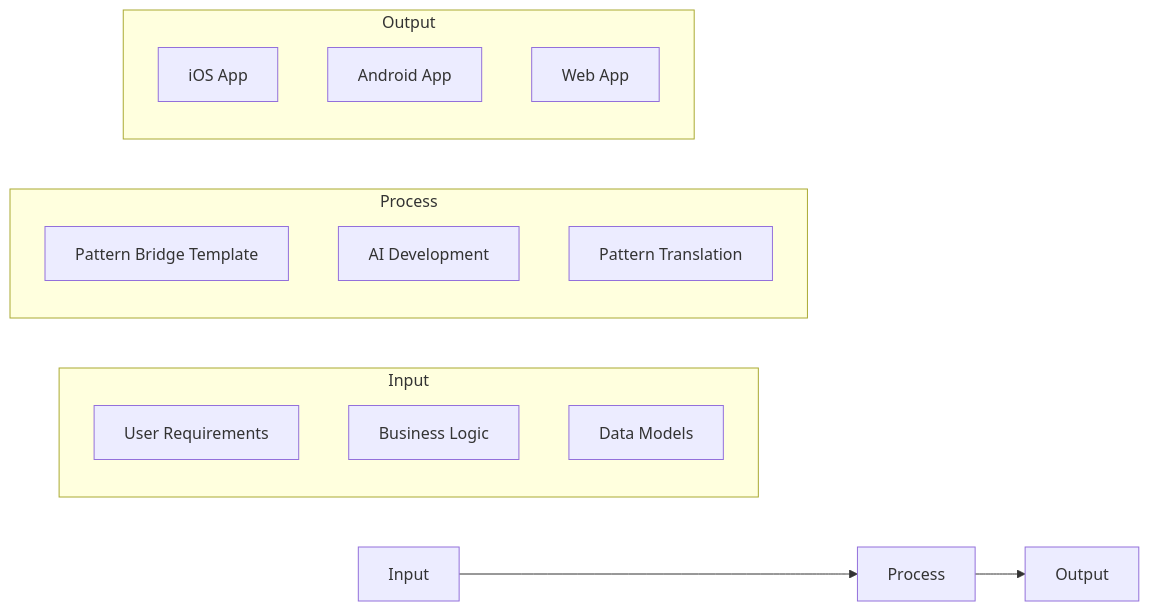
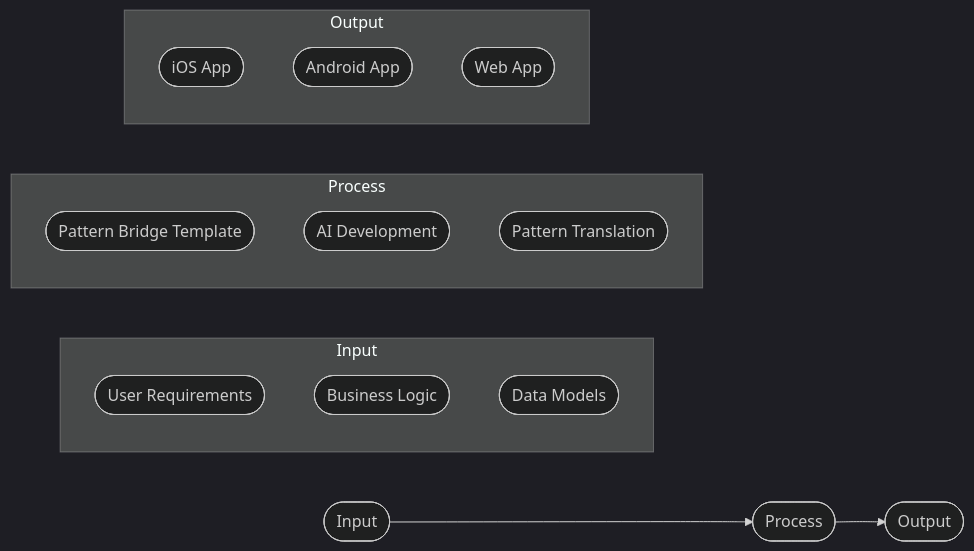
One commit to jackccrawford/pattern-bridge changed the second of 3 diagrams in docs/core-concepts/software-factory.md. Above: the diagram before and after it, drawn with Mermaid. The commit also changed other lines of this file and 22 other files, not shown here.

````diff
--- a/docs/core-concepts/software-factory.md
+++ b/docs/core-concepts/software-factory.md
@@ -45,22 +48,25 @@
 ```mermaid
+%%{init: {
+  'theme': 'dark'
+}}%%
 graph LR
-    A[Input] --> B[Process] --> C[Output]
+    A([Input]) --> B([Process]) --> C([Output])
     
     subgraph Input
-        D[User Requirements]
-        E[Business Logic]
-        F[Data Models]
+        D([User Requirements])
+        E([Business Logic])
+        F([Data Models])
     end
     
     subgraph Process
-        G[Pattern Bridge Template]
-        H[AI Development]
-        I[Pattern Translation]
+        G([Pattern Bridge Template])
+        H([AI Development])
+        I([Pattern Translation])
     end
     
     subgraph Output
-        J[iOS App]
-        K[Android App]
-        L[Web App]
+        J([iOS App])
+        K([Android App])
+        L([Web App])
     end
 ```
````
